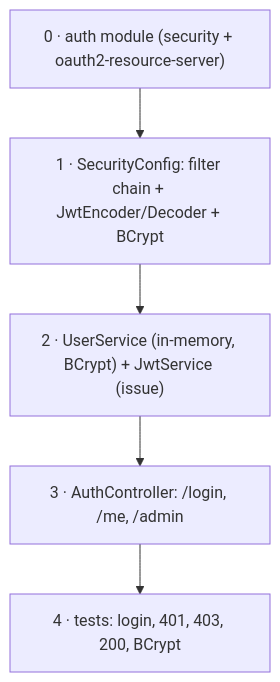
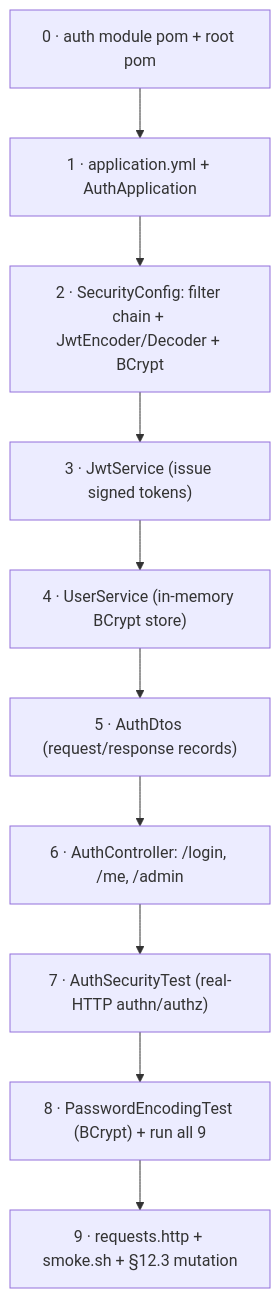
The third of 4 diagrams in steps/step-16/lesson.md (ramishtaha/build-a-bank), drawn with Mermaid before and after one commit. The commit also changed other lines of this file and 3 other files, not shown here.

````diff
--- a/steps/step-16/lesson.md
+++ b/steps/step-16/lesson.md
@@ -228,7 +239,12 @@
 ```mermaid
 flowchart TB
-    a["0 · auth module (security + oauth2-resource-server)"] --> b["1 · SecurityConfig: filter chain + JwtEncoder/Decoder + BCrypt"]
-    b --> c["2 · UserService (in-memory, BCrypt) + JwtService (issue)"]
-    c --> d["3 · AuthController: /login, /me, /admin"]
-    d --> e["4 · tests: login, 401, 403, 200, BCrypt"]
+    a["0 · auth module pom + root pom"] --> b["1 · application.yml + AuthApplication"]
+    b --> c["2 · SecurityConfig: filter chain + JwtEncoder/Decoder + BCrypt"]
+    c --> d["3 · JwtService (issue signed tokens)"]
+    d --> e["4 · UserService (in-memory BCrypt store)"]
+    e --> f["5 · AuthDtos (request/response records)"]
+    f --> g["6 · AuthController: /login, /me, /admin"]
+    g --> h["7 · AuthSecurityTest (real-HTTP authn/authz)"]
+    h --> i["8 · PasswordEncodingTest (BCrypt) + run all 9"]
+    i --> j["9 · requests.http + smoke.sh + §12.3 mutation"]
 ```
````
